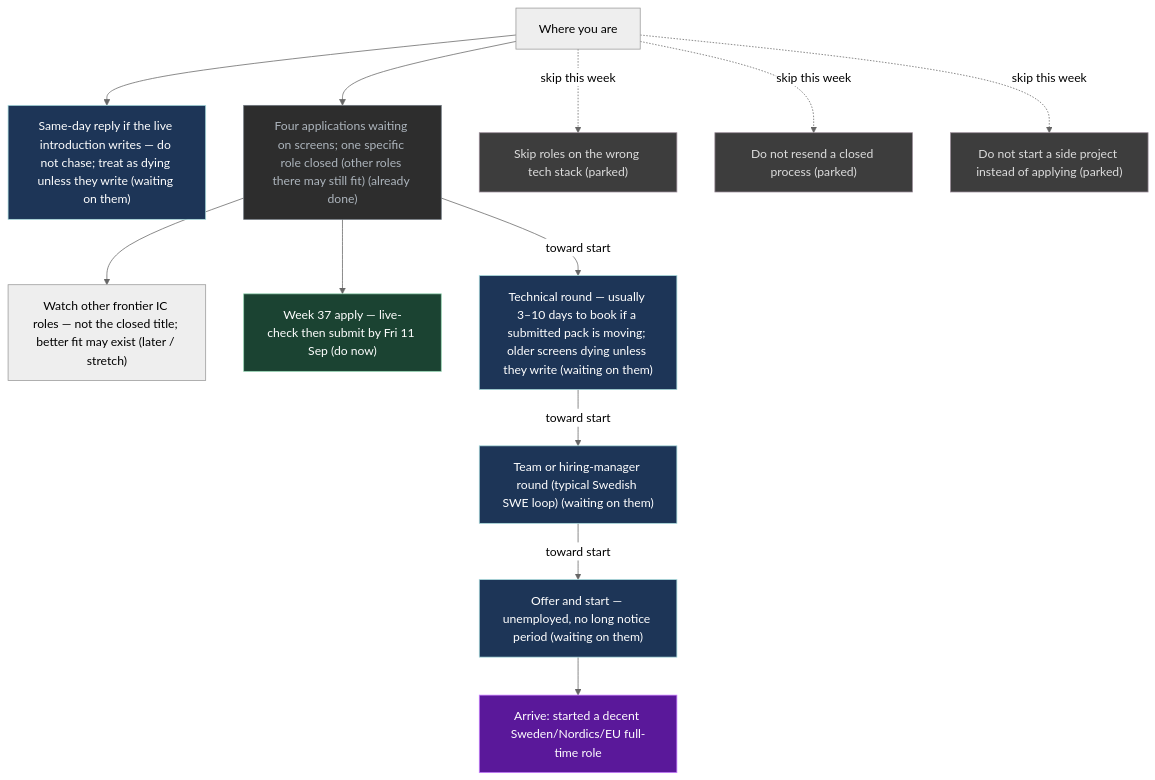
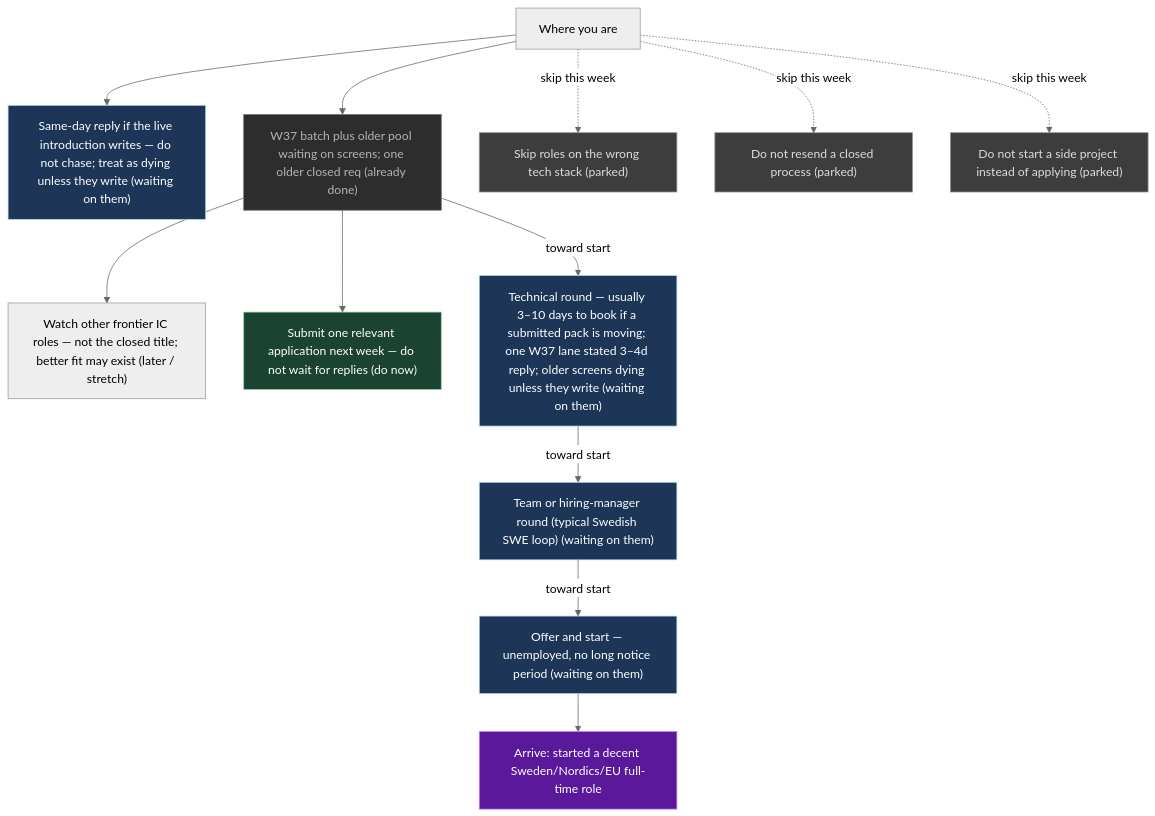
The diagram in UI/Mission.md (p10ns11y/life-os), drawn with Mermaid (neutral theme) before and after one commit. The commit also changed other lines of this file and 5 other files, not shown here.

````diff
--- a/UI/Mission.md
+++ b/UI/Mission.md
@@ -66,36 +67,36 @@
 ```mermaid
 flowchart TB
   x["Where you are"]
   G["Arrive: started a decent Sweden/Nordics/EU full-time role"]
   S0["Same-day reply if the live introduction writes — do not chase; treat as dying unless they write (waiting on them)"]
-  S1["Four applications waiting on screens; one specific role closed (other roles there may still fit) (already done)"]
+  S1["W37 batch plus older pool waiting on screens; one older closed req (already done)"]
   S2["Watch other frontier IC roles — not the closed title; better fit may exist (later / stretch)"]
-  S3["Week 37 apply — live-check then submit by Fri 11 Sep (do now)"]
-  S4["Technical round — usually 3–10 days to book if a submitted pack is moving; older screens dying unless they write (waiting on them)"]
+  S3["Submit one relevant application next week — do not wait for replies (do now)"]
+  S4["Technical round — usually 3–10 days to book if a submitted pack is moving; one W37 lane stated 3–4d reply; older screens dying unless they write (waiting on them)"]
   S4b["Team or hiring-manager round (typical Swedish SWE loop) (waiting on them)"]
   S5["Offer and start — unemployed, no long notice period (waiting on them)"]
   P1["Skip roles on the wrong tech stack (parked)"]
   P2["Do not resend a closed process (parked)"]
   P3["Do not start a side project instead of applying (parked)"]
   x --> S0
   x --> S1
   S1 --> S2
   S1 --> S3
   S1 -->|"toward start"| S4
   S4 -->|"toward start"| S4b
   S4b -->|"toward start"| S5
   x -.->|"skip this week"| P1
   x -.->|"skip this week"| P2
   x -.->|"skip this week"| P3
   S5 --> G
   classDef do fill:#1b4332,stroke:#95d5b2,color:#fff
   classDef wait fill:#1d3557,stroke:#a8dadc,color:#fff
   classDef park fill:#3d3d3d,stroke:#9a8c98,color:#ddd
   classDef done fill:#2d2d2d,stroke:#6c757d,color:#adb5bd
   classDef goal fill:#5a189a,stroke:#c77dff,color:#fff
   class G goal
   class S3 do
   class S0,S4,S4b,S5 wait
   class P1,P2,P3 park
   class S1 done
 ```
````
